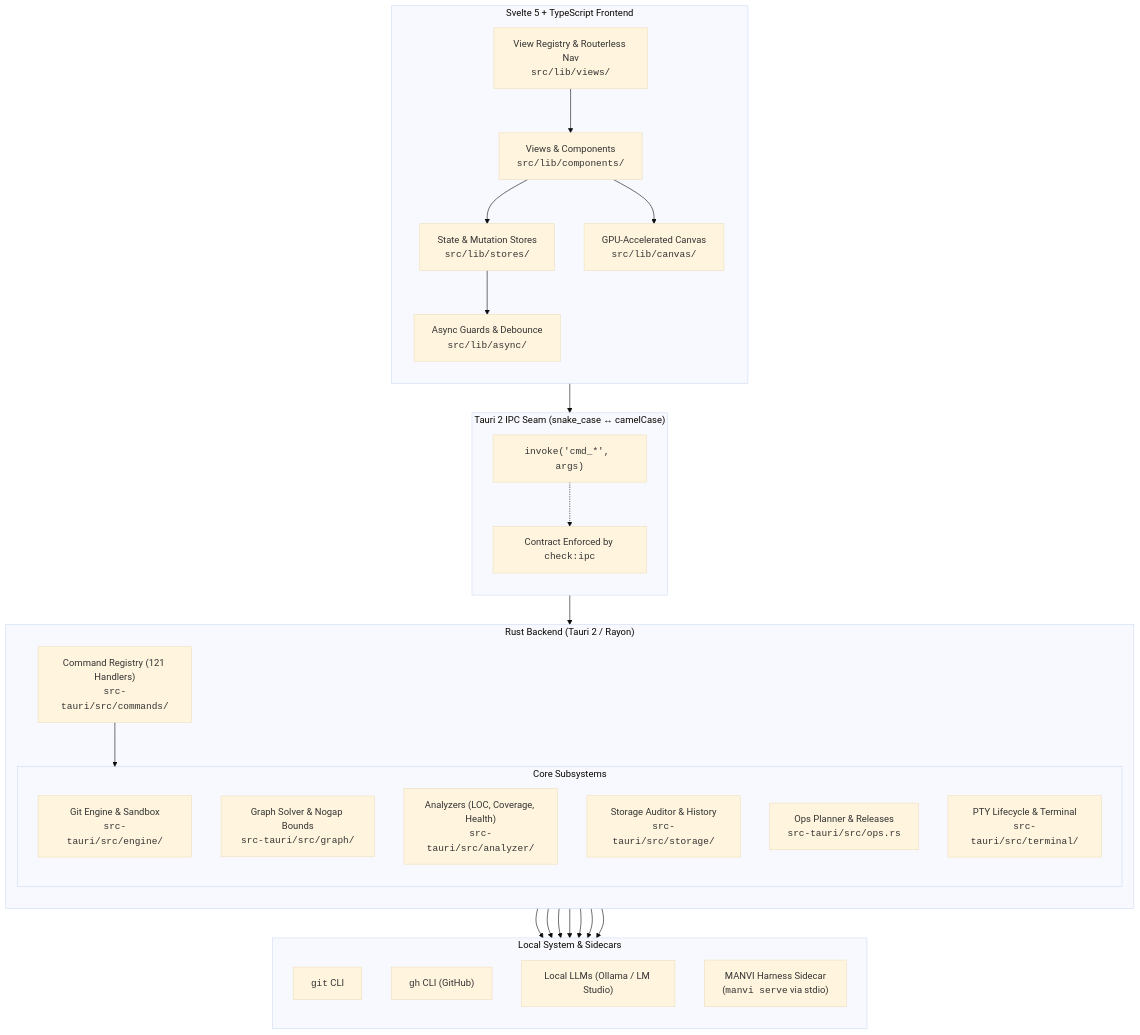
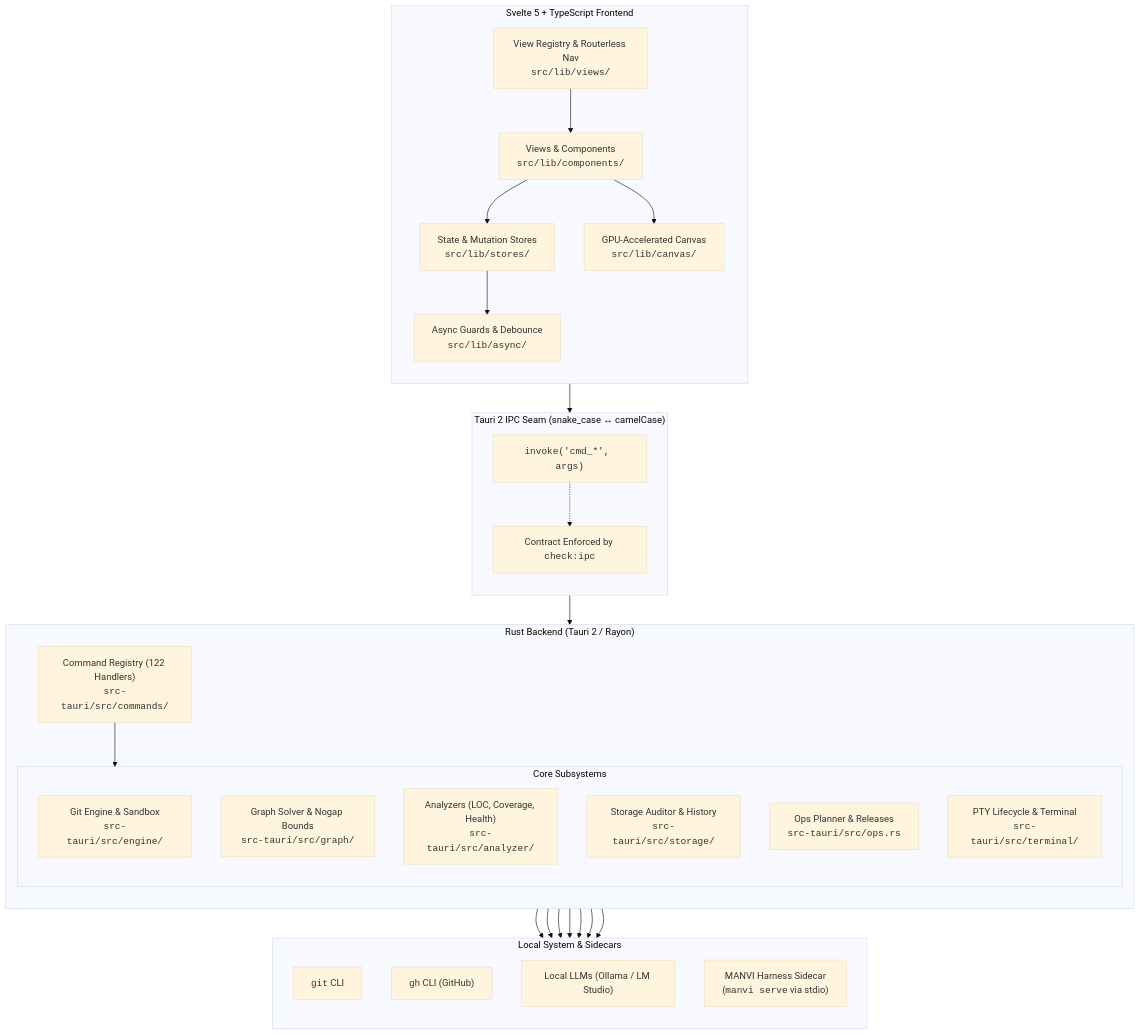
One commit to bharathvbcr/GitPulse changed the first of 4 diagrams in docs/ARCHITECTURE.md. Above: the diagram before and after it, drawn with Mermaid (base theme). The commit also changed other lines of this file and 11 other files, not shown here.

````diff
--- a/docs/ARCHITECTURE.md
+++ b/docs/ARCHITECTURE.md
@@ -5,57 +5,57 @@
 ```mermaid
 flowchart TB
     subgraph Frontend["Svelte 5 + TypeScript Frontend"]
         direction TB
         UI["Views & Components<br/><code>src/lib/components/</code>"]
         Stores["State & Mutation Stores<br/><code>src/lib/stores/</code>"]
         Registry["View Registry & Routerless Nav<br/><code>src/lib/views/</code>"]
         Canvas["GPU-Accelerated Canvas<br/><code>src/lib/canvas/</code>"]
         Async["Async Guards & Debounce<br/><code>src/lib/async/</code>"]
         
         UI --> Stores
         UI --> Canvas
         Stores --> Async
         Registry --> UI
     end
 
     subgraph IPC["Tauri 2 IPC Seam (snake_case ↔ camelCase)"]
         direction TB
         Invoke["<code>invoke('cmd_*', args)</code>"]
         ContractCheck["Contract Enforced by <code>check:ipc</code>"]
         Invoke -.-> ContractCheck
     end
 
     subgraph Backend["Rust Backend (Tauri 2 / Rayon)"]
         direction TB
-        CmdRegistry["Command Registry (121 Handlers)<br/><code>src-tauri/src/commands/</code>"]
+        CmdRegistry["Command Registry (122 Handlers)<br/><code>src-tauri/src/commands/</code>"]
         
         subgraph Subsystems["Core Subsystems"]
             GitEngine["Git Engine & Sandbox<br/><code>src-tauri/src/engine/</code>"]
             GraphSolver["Graph Solver & Nogap Bounds<br/><code>src-tauri/src/graph/</code>"]
             Analyzers["Analyzers (LOC, Coverage, Health)<br/><code>src-tauri/src/analyzer/</code>"]
             StorageAuditor["Storage Auditor & History<br/><code>src-tauri/src/storage/</code>"]
             OpsPlanner["Ops Planner & Releases<br/><code>src-tauri/src/ops.rs</code>"]
             PtyTerminal["PTY Lifecycle & Terminal<br/><code>src-tauri/src/terminal/</code>"]
         end
         
         CmdRegistry --> Subsystems
     end
 
     subgraph External["Local System & Sidecars"]
         direction TB
         LocalGit["<code>git</code> CLI"]
         LocalGh["<code>gh</code> CLI (GitHub)"]
         LocalLLM["Local LLMs (Ollama / LM Studio)"]
         ManviSidecar["MANVI Harness Sidecar<br/>(<code>manvi serve</code> via stdio)"]
     end
 
     Async --> Invoke
     Invoke --> CmdRegistry
     GitEngine --> LocalGit
     Analyzers --> LocalGit
     Analyzers --> LocalGh
     Analyzers --> LocalLLM
     OpsPlanner --> LocalGh
     OpsPlanner --> ManviSidecar
     Subsystems --> ManviSidecar
 ```
````
